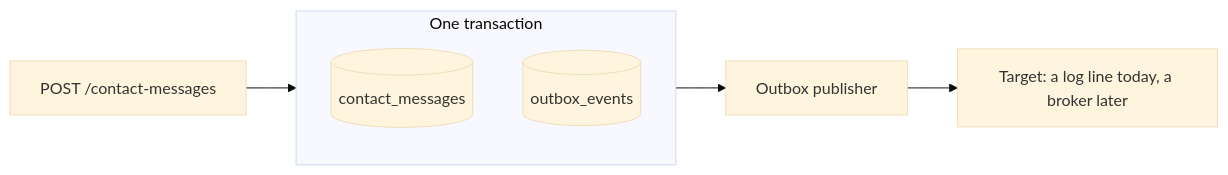
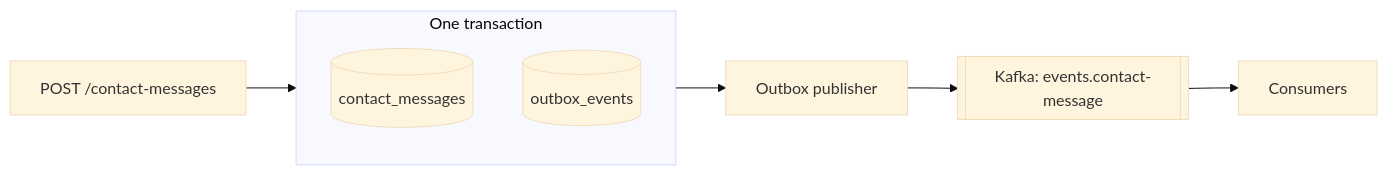
One commit to mggokmen/mustafagokselgokmen changed the third of 6 diagrams in docs/architecture.md. Above: the diagram before and after it, drawn with Mermaid (base theme). The commit also changed other lines of this file and 18 other files, not shown here.

First line of the commit message:
feat(outbox): publish events to Kafka

````diff
--- a/docs/architecture.md
+++ b/docs/architecture.md
@@ -99,10 +99,11 @@
 ```mermaid
 flowchart LR
     request[POST /contact-messages] --> tx
     subgraph tx[One transaction]
         message[(contact_messages)]
         event[(outbox_events)]
     end
     tx --> publisher[Outbox publisher]
-    publisher --> target[Target: a log line today, a broker later]
+    publisher --> kafka[[Kafka: events.contact-message]]
+    kafka --> consumers[Consumers]
 ```
````
